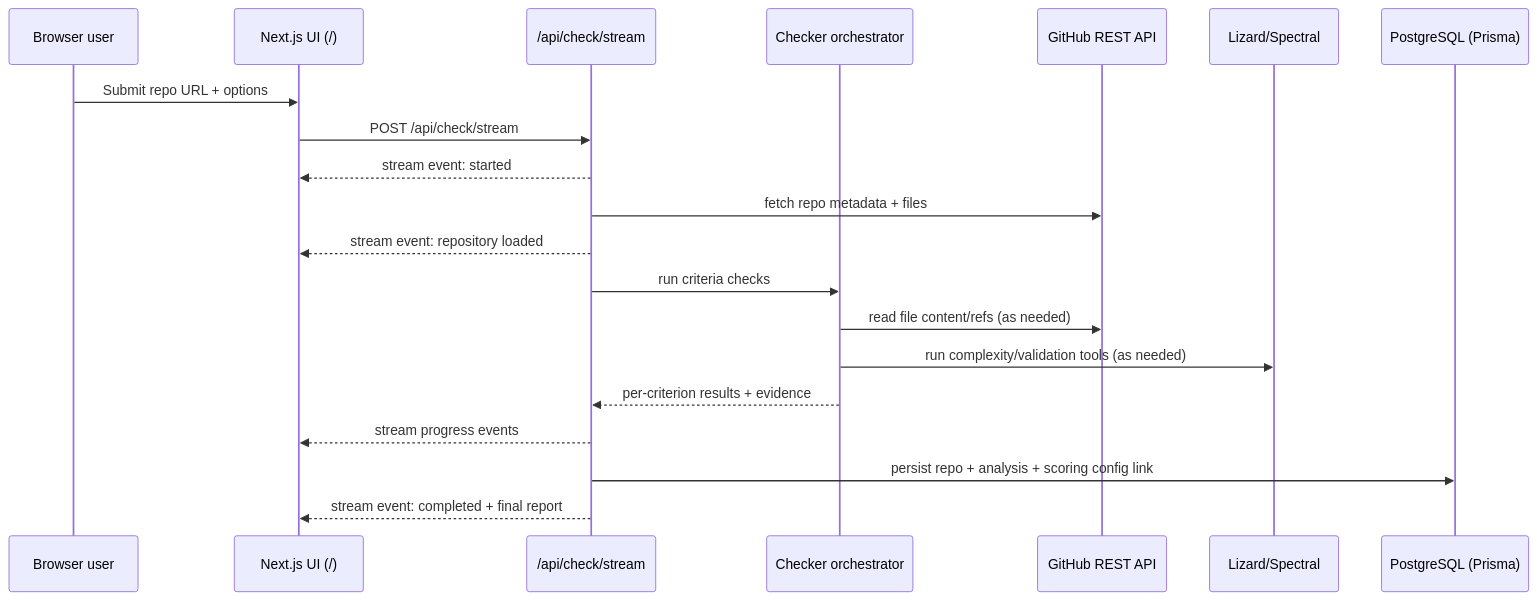
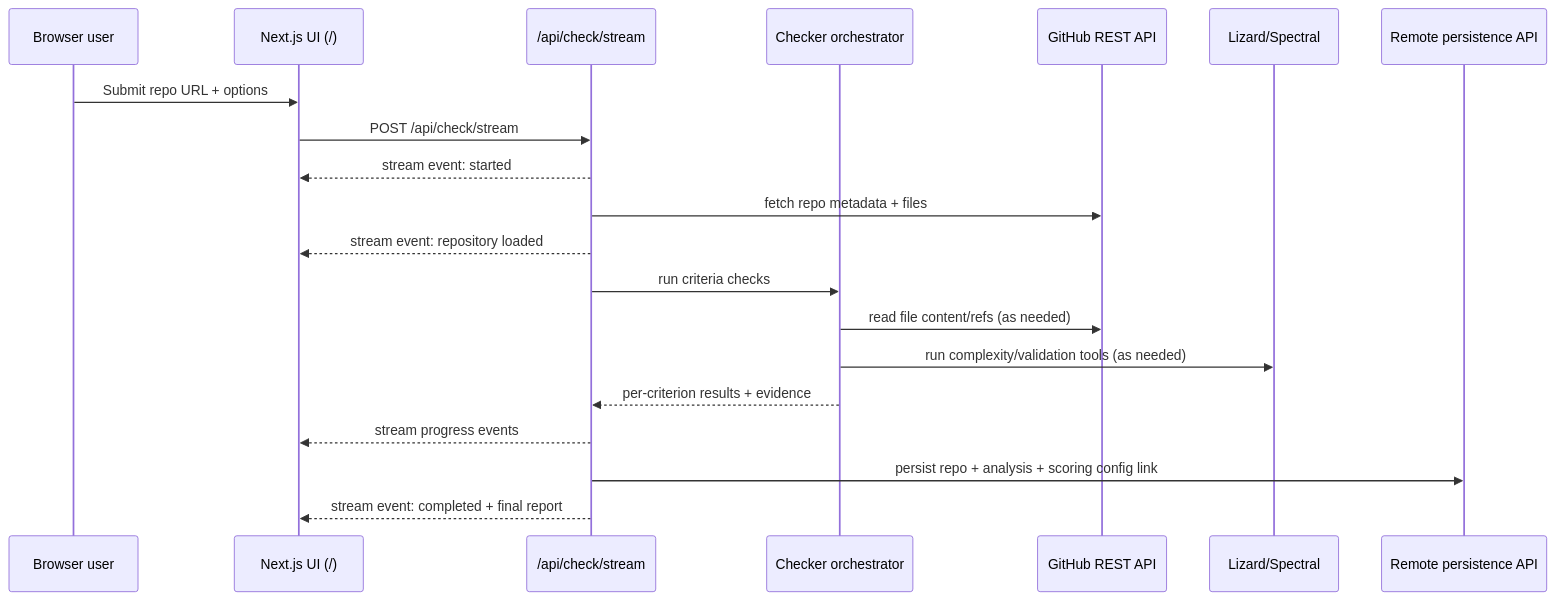
The second of 2 diagrams in README.md (Hugo-ter-Doest/CommonGroundChecker), drawn with Mermaid before and after one commit. The commit also changed other lines of this file, not shown here.

Commit message:
Update for external API and DB

````diff
--- a/README.md
+++ b/README.md
@@ -200,23 +195,23 @@
 ```mermaid
 sequenceDiagram
     participant User as Browser user
     participant UI as Next.js UI (/)
     participant API as /api/check/stream
     participant Orch as Checker orchestrator
     participant GH as GitHub REST API
     participant Tools as Lizard/Spectral
-    participant DB as PostgreSQL (Prisma)
+    participant DB as Remote persistence API
 
     User->>UI: Submit repo URL + options
     UI->>API: POST /api/check/stream
     API-->>UI: stream event: started
     API->>GH: fetch repo metadata + files
     API-->>UI: stream event: repository loaded
     API->>Orch: run criteria checks
     Orch->>GH: read file content/refs (as needed)
     Orch->>Tools: run complexity/validation tools (as needed)
     Orch-->>API: per-criterion results + evidence
     API-->>UI: stream progress events
     API->>DB: persist repo + analysis + scoring config link
     API-->>UI: stream event: completed + final report
 ```
````
